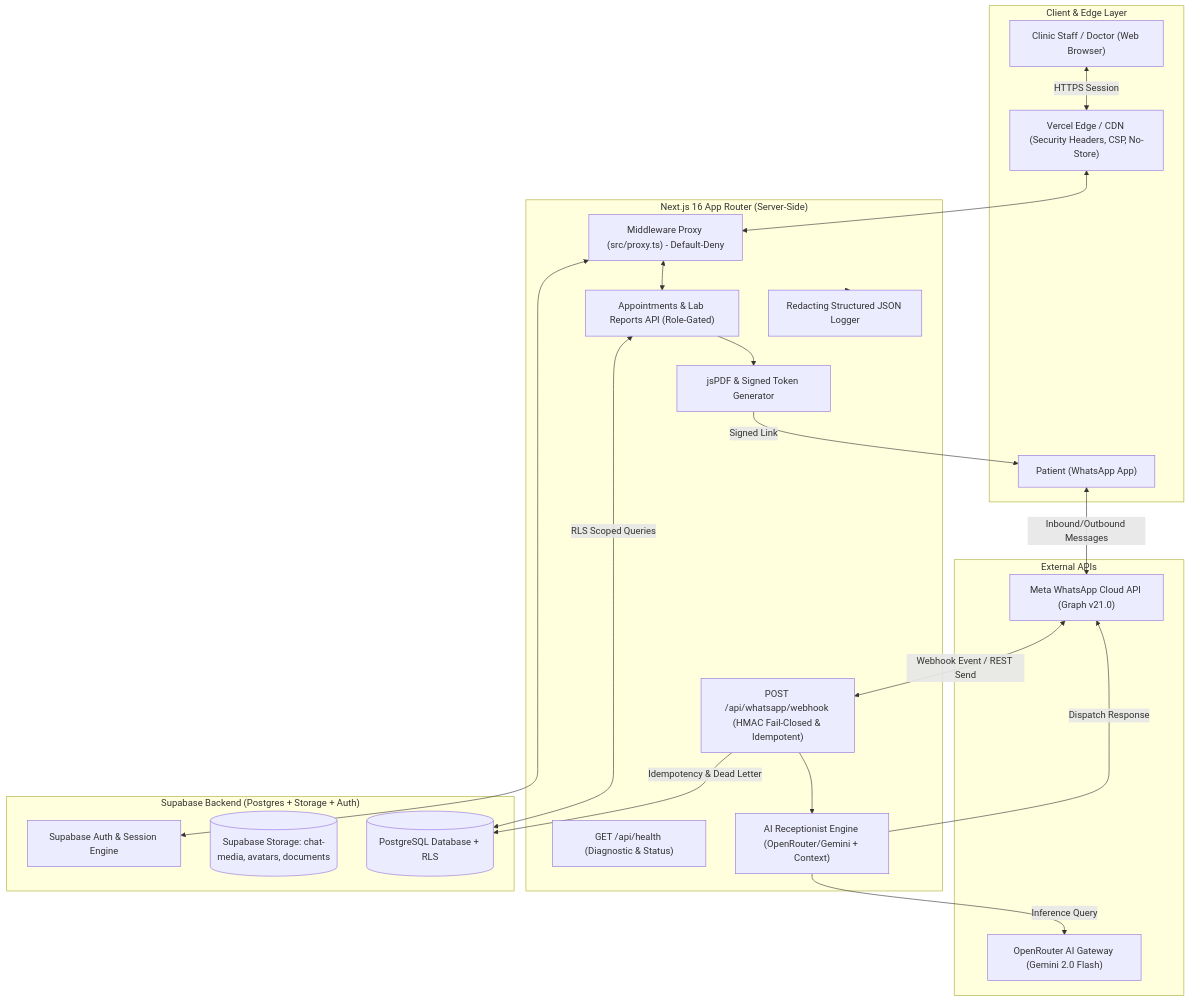
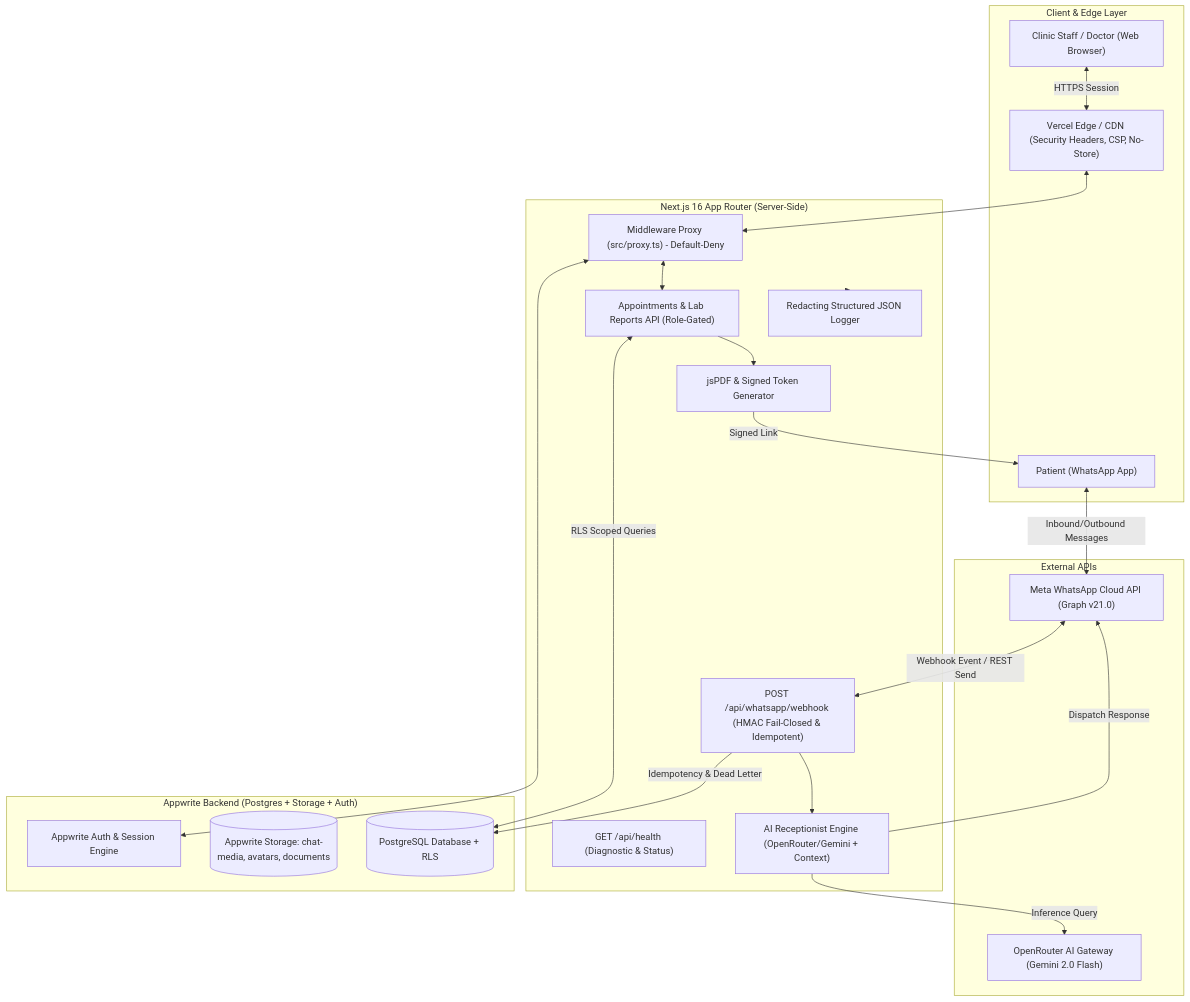
The diagram in CODEBASE_AUDIT.md (imsusanta/helpa), drawn with Mermaid before and after one commit. The commit also changed other lines of this file and 121 other files, not shown here.

````diff
--- a/CODEBASE_AUDIT.md
+++ b/CODEBASE_AUDIT.md
@@ -26,46 +26,46 @@
 ```mermaid
 flowchart TD
     subgraph ClientLayer["Client & Edge Layer"]
         Patient["Patient (WhatsApp App)"]
         ClinicStaff["Clinic Staff / Doctor (Web Browser)"]
         EdgeCDN["Vercel Edge / CDN (Security Headers, CSP, No-Store)"]
     end
 
     subgraph AppLayer["Next.js 16 App Router (Server-Side)"]
         Proxy["Middleware Proxy (src/proxy.ts) - Default-Deny"]
         WebhookAPI["POST /api/whatsapp/webhook (HMAC Fail-Closed & Idempotent)"]
         HealthAPI["GET /api/health (Diagnostic & Status)"]
         ApptAPI["Appointments & Lab Reports API (Role-Gated)"]
         AIOrchestrator["AI Receptionist Engine (OpenRouter/Gemini + Context)"]
         DocGenerator["jsPDF & Signed Token Generator"]
         Logger["Redacting Structured JSON Logger"]
     end
 
     subgraph ExternalServices["External APIs"]
         MetaAPI["Meta WhatsApp Cloud API (Graph v21.0)"]
         OpenRouter["OpenRouter AI Gateway (Gemini 2.0 Flash)"]
     end
 
-    subgraph DataLayer["Supabase Backend (Postgres + Storage + Auth)"]
+    subgraph DataLayer["Appwrite Backend (Postgres + Storage + Auth)"]
         PostgresDB[(PostgreSQL Database + RLS)]
-        Storage[(Supabase Storage: chat-media, avatars, documents)]
-        SupabaseAuth[Supabase Auth & Session Engine]
+        Storage[(Appwrite Storage: chat-media, avatars, documents)]
+        AppwriteAuth[Appwrite Auth & Session Engine]
     end
 
     Patient <-->|Inbound/Outbound Messages| MetaAPI
     MetaAPI <-->|Webhook Event / REST Send| WebhookAPI
     WebhookAPI -->|Idempotency & Dead Letter| PostgresDB
     WebhookAPI --> AIOrchestrator
     AIOrchestrator -->|Inference Query| OpenRouter
     AIOrchestrator -->|Dispatch Response| MetaAPI
 
     ClinicStaff <-->|HTTPS Session| EdgeCDN
     EdgeCDN <--> Proxy
-    Proxy <--> SupabaseAuth
+    Proxy <--> AppwriteAuth
     Proxy <--> ApptAPI
     ApptAPI <-->|RLS Scoped Queries| PostgresDB
     ApptAPI --> DocGenerator
     DocGenerator -->|Signed Link| Patient
 
     AppLayer --> Logger
 ```
````
